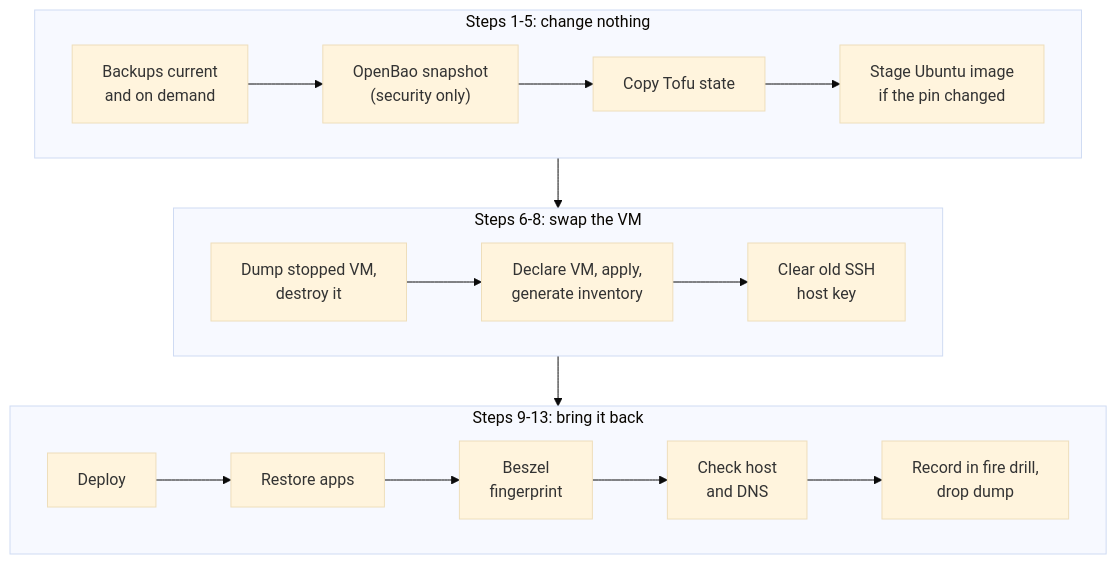
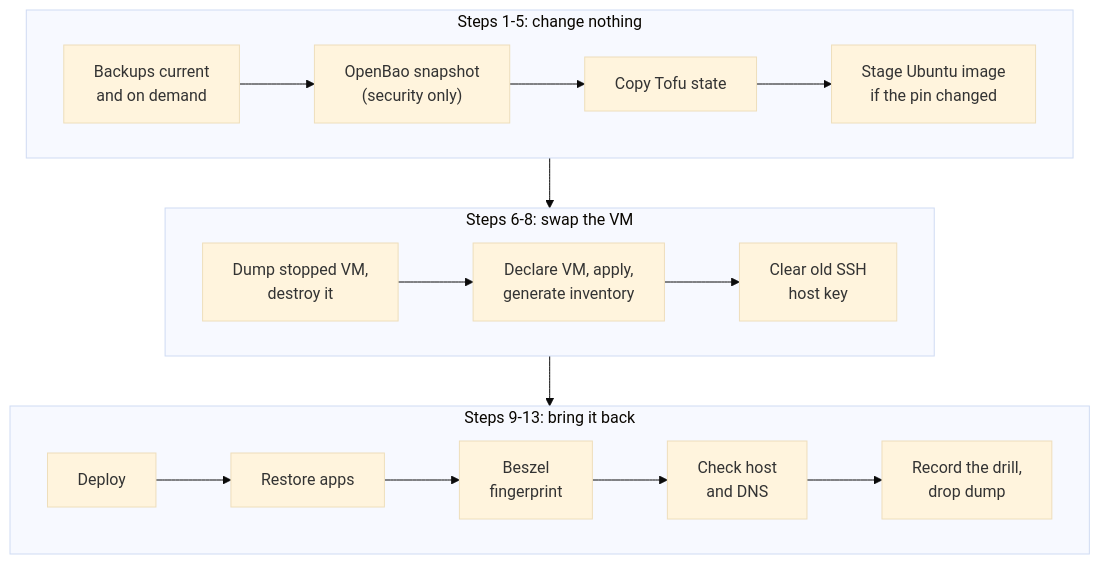
One commit to wenenhoe/homelab changed the diagram in docs/topics/disaster-recovery/rebuild-runbook.md. Above: the diagram before and after it, drawn with Mermaid (base theme). The commit also changed other lines of this file and 4 other files, not shown here.

First line of the commit message:
docs: keep exercise results out of the fire-drill doc

````diff
--- a/docs/topics/disaster-recovery/rebuild-runbook.md
+++ b/docs/topics/disaster-recovery/rebuild-runbook.md
@@ -18,16 +18,16 @@
 ```mermaid
 flowchart TB
     subgraph prep["Steps 1-5: change nothing"]
         direction LR
         P1["Backups current<br/>and on demand"] --> P2["OpenBao snapshot<br/>(security only)"] --> P3["Copy Tofu state"] --> P4["Stage Ubuntu image<br/>if the pin changed"]
     end
     subgraph swap["Steps 6-8: swap the VM"]
         direction LR
         S1["Dump stopped VM,<br/>destroy it"] --> S2["Declare VM, apply,<br/>generate inventory"] --> S3["Clear old SSH<br/>host key"]
     end
     subgraph back["Steps 9-13: bring it back"]
         direction LR
-        B1["Deploy"] --> B2["Restore apps"] --> B3["Beszel<br/>fingerprint"] --> B4["Check host<br/>and DNS"] --> B5["Record in fire drill,<br/>drop dump"]
+        B1["Deploy"] --> B2["Restore apps"] --> B3["Beszel<br/>fingerprint"] --> B4["Check host<br/>and DNS"] --> B5["Record the drill,<br/>drop dump"]
     end
     prep --> swap --> back
 ```
````
